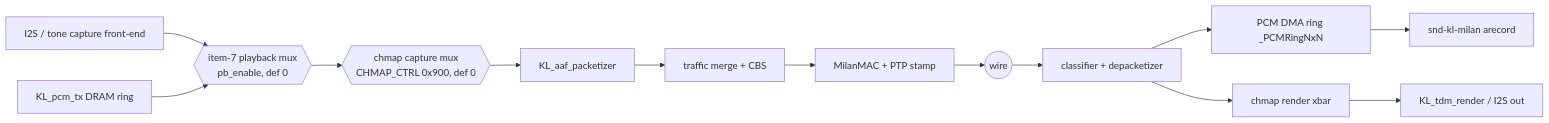
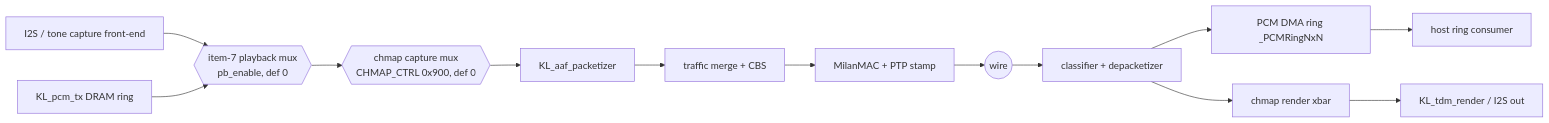
The diagram in docs/fpga/FPGA_DESIGN.md (kebag-logic/milan-fpga), drawn with Mermaid before and after one commit. The commit also changed other lines of this file and 75 other files, not shown here.

Commit message:
Clear the documentation corpus of the retired host stack: every page, diagram generator and rendered artifact now describes the bare-metal owner

````diff
--- a/docs/fpga/FPGA_DESIGN.md
+++ b/docs/fpga/FPGA_DESIGN.md
@@ -130,9 +130,9 @@
 ```mermaid
 flowchart LR
     ADC[I2S / tone capture front-end] --> PB{{item-7 playback mux\npb_enable, def 0}}
     RING[KL_pcm_tx DRAM ring] --> PB
     PB --> CM{{chmap capture mux\nCHMAP_CTRL 0x900, def 0}}
     CM --> PKT[KL_aaf_packetizer] --> MERGE[traffic merge + CBS] --> MAC[MilanMAC + PTP stamp] --> WIRE((wire))
-    WIRE --> RX[classifier + depacketizer] --> RB[PCM DMA ring _PCMRingNxN] --> ALSA[snd-kl-milan arecord]
+    WIRE --> RX[classifier + depacketizer] --> RB[PCM DMA ring _PCMRingNxN] --> CONS[host ring consumer]
     RX --> XBAR[chmap render xbar] --> TDM[KL_tdm_render / I2S out]
 ```
````
